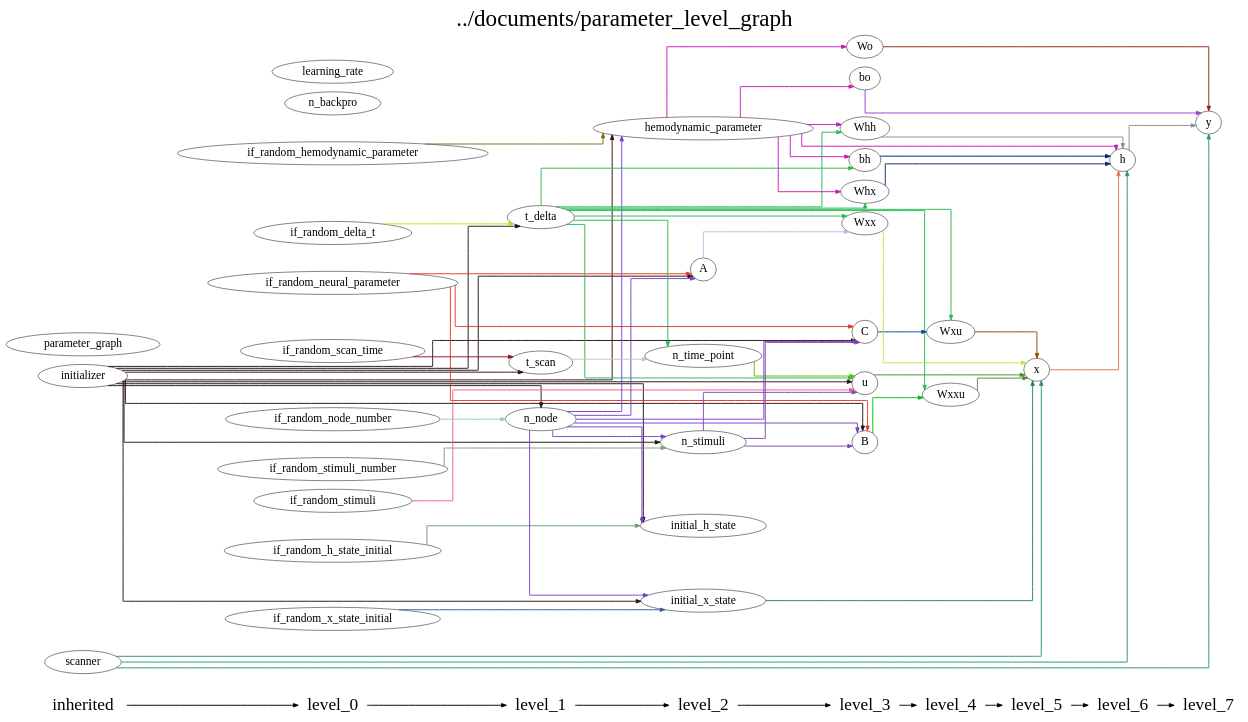
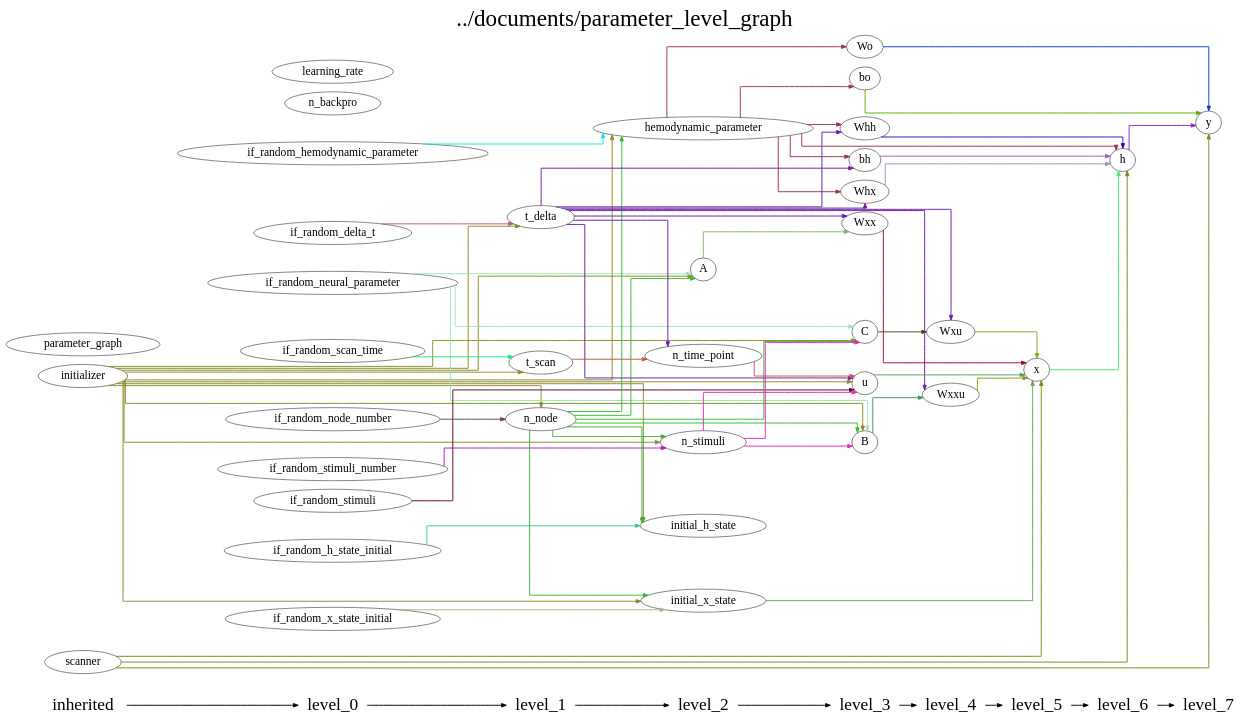
Before and after one commit to YuanWangOnward/DCM_RNN: the diagram in DCM_RNN/documents/parameter_level_graph.gv, drawn with Graphviz. The commit also changed 18 other files, not shown here.

```diff
--- a/DCM_RNN/documents/parameter_level_graph.gv
+++ b/DCM_RNN/documents/parameter_level_graph.gv
@@ -1,156 +1,156 @@
 digraph G {
           splines=ortho;
           fontsize = 48;
           rankdir = "LR";
           node[fontsize=24];
           edge[penwidth=2];
           {
           node [shape=plaintext fontsize=36];
           inherited -> 
           level_0 -> 
           level_1 -> 
           level_2 -> 
           level_3 -> 
           level_4 -> 
           level_5 -> 
           level_6 -> 
           level_7
           }
           {rank = same;
           inherited;
           initializer;
           parameter_graph;
           scanner;
           }
           {rank = same;
           level_0;
           if_random_neural_parameter;
           if_random_hemodynamic_parameter;
           if_random_x_state_initial;
           if_random_h_state_initial;
           if_random_stimuli;
           if_random_node_number;
           if_random_stimuli_number;
           if_random_delta_t;
           if_random_scan_time;
           n_backpro;
           learning_rate;
           }
           {rank = same;
           level_1;
           n_node;
           t_delta;
           t_scan;
           }
           {rank = same;
           level_2;
           n_time_point;
           n_stimuli;
           A;
           hemodynamic_parameter;
           initial_x_state;
           initial_h_state;
           }
           {rank = same;
           level_3;
           u;
           B;
           C;
           Wxx;
           Whx;
           Whh;
           bh;
           Wo;
           bo;
           }
           {rank = same;
           level_4;
           Wxxu;
           Wxu;
           }
           {rank = same;
           level_5;
           x;
           }
           {rank = same;
           level_6;
           h;
           }
           {rank = same;
           level_7;
           y;
           }
-          if_random_neural_parameter -> B [color="#E23B28"];
-          if_random_neural_parameter -> A [color="#E23B28"];
-          if_random_neural_parameter -> C [color="#E23B28"];
-          B -> Wxxu [color="#0AB70E"];
-          if_random_scan_time -> t_scan [color="#8C1621"];
-          n_time_point -> u [color="#5CC000"];
-          Wxxu -> x [color="#5A813C"];
-          x -> h [color="#E07748"];
+          B -> Wxxu [color="#3A9064"];
+          if_random_stimuli -> u [color="#590722"];
+          initial_x_state -> x [color="#6BA35B"];
+          Wxxu -> x [color="#929017"];
+          t_scan -> n_time_point [color="#C75236"];
+          if_random_scan_time -> t_scan [color="#1BE185"];
+          h -> y [color="#9325BA"];
+          Wo -> y [color="#093EC6"];
+          if_random_stimuli_number -> n_stimuli [color="#C310C1"];
+          bo -> y [color="#57B001"];
+          n_stimuli -> B [color="#EE22B7"];
+          n_stimuli -> C [color="#EE22B7"];
+          n_stimuli -> u [color="#EE22B7"];
+          if_random_delta_t -> t_delta [color="#BA5879"];
+          if_random_node_number -> n_node [color="#6A4549"];
+          n_node -> B [color="#35B834"];
+          n_node -> C [color="#35B834"];
+          n_node -> initial_h_state [color="#35B834"];
+          n_node -> initial_x_state [color="#35B834"];
+          n_node -> hemodynamic_parameter [color="#35B834"];
+          n_node -> A [color="#35B834"];
+          n_node -> n_stimuli [color="#35B834"];
+          bh -> h [color="#985EC8"];
+          Wxx -> x [color="#A50533"];
           initial_h_state ;
-          u -> x [color="#3B9329"];
-          Wo -> y [color="#95221C"];
-          hemodynamic_parameter -> bo [color="#C917BA"];
-          hemodynamic_parameter -> Wo [color="#C917BA"];
-          hemodynamic_parameter -> bh [color="#C917BA"];
-          hemodynamic_parameter -> Whx [color="#C917BA"];
-          hemodynamic_parameter -> Whh [color="#C917BA"];
-          hemodynamic_parameter -> h [color="#C917BA"];
-          if_random_delta_t -> t_delta [color="#B2EC0E"];
-          bh -> h [color="#041981"];
-          C -> Wxu [color="#0C4E92"];
-          h -> y [color="#948C88"];
-          Wxu -> x [color="#A54108"];
-          bo -> y [color="#A43CCB"];
-          if_random_stimuli -> u [color="#EE617B"];
-          n_node -> B [color="#7940CB"];
-          n_node -> hemodynamic_parameter [color="#7940CB"];
-          n_node -> n_stimuli [color="#7940CB"];
-          n_node -> A [color="#7940CB"];
-          n_node -> C [color="#7940CB"];
-          n_node -> initial_x_state [color="#7940CB"];
-          n_node -> initial_h_state [color="#7940CB"];
-          if_random_stimuli_number -> n_stimuli [color="#7AA37A"];
-          if_random_node_number -> n_node [color="#99C8C5"];
+          if_random_hemodynamic_parameter -> hemodynamic_parameter [color="#15E2E3"];
+          n_backpro ;
+          C -> Wxu [color="#4E4022"];
+          initializer -> B [color="#8A8A26"];
+          initializer -> C [color="#8A8A26"];
+          initializer -> t_scan [color="#8A8A26"];
+          initializer -> n_node [color="#8A8A26"];
+          initializer -> initial_h_state [color="#8A8A26"];
+          initializer -> t_delta [color="#8A8A26"];
+          initializer -> initial_x_state [color="#8A8A26"];
+          initializer -> hemodynamic_parameter [color="#8A8A26"];
+          initializer -> A [color="#8A8A26"];
+          initializer -> u [color="#8A8A26"];
+          initializer -> n_stimuli [color="#8A8A26"];
           learning_rate ;
-          t_scan -> n_time_point [color="#C4C4B5"];
-          if_random_h_state_initial -> initial_h_state [color="#6B9A72"];
-          Whx -> h [color="#122377"];
+          t_delta -> bh [color="#6C1CA2"];
+          t_delta -> Wxx [color="#6C1CA2"];
+          t_delta -> Wxu [color="#6C1CA2"];
+          t_delta -> Whh [color="#6C1CA2"];
+          t_delta -> Wxxu [color="#6C1CA2"];
+          t_delta -> u [color="#6C1CA2"];
+          t_delta -> n_time_point [color="#6C1CA2"];
+          t_delta -> Whx [color="#6C1CA2"];
+          hemodynamic_parameter -> h [color="#9C3348"];
+          hemodynamic_parameter -> Wo [color="#9C3348"];
+          hemodynamic_parameter -> bh [color="#9C3348"];
+          hemodynamic_parameter -> Whh [color="#9C3348"];
+          hemodynamic_parameter -> bo [color="#9C3348"];
+          hemodynamic_parameter -> Whx [color="#9C3348"];
+          Wxu -> x [color="#77AB29"];
+          scanner -> h [color="#728E13"];
+          scanner -> y [color="#728E13"];
+          scanner -> x [color="#728E13"];
+          A -> Wxx [color="#85B26A"];
+          Whx -> h [color="#9B93B8"];
+          Whh -> h [color="#3609B1"];
+          parameter_graph ;
+          x -> h [color="#49EA73"];
+          u -> x [color="#49A260"];
+          if_random_neural_parameter -> B [color="#9EE3B9"];
+          if_random_neural_parameter -> C [color="#9EE3B9"];
+          if_random_neural_parameter -> A [color="#9EE3B9"];
+          n_time_point -> u [color="#CB565A"];
           y ;
-          parameter_graph ;
-          n_backpro ;
-          initializer -> u [color="#271417"];
-          initializer -> B [color="#271417"];
-          initializer -> hemodynamic_parameter [color="#271417"];
-          initializer -> t_delta [color="#271417"];
-          initializer -> n_stimuli [color="#271417"];
-          initializer -> A [color="#271417"];
-          initializer -> C [color="#271417"];
-          initializer -> n_node [color="#271417"];
-          initializer -> t_scan [color="#271417"];
-          initializer -> initial_x_state [color="#271417"];
-          initializer -> initial_h_state [color="#271417"];
-          if_random_hemodynamic_parameter -> hemodynamic_parameter [color="#80691C"];
-          initial_x_state -> x [color="#21875A"];
-          A -> Wxx [color="#C2B8E3"];
-          if_random_x_state_initial -> initial_x_state [color="#3A5AA5"];
-          t_delta -> u [color="#2AB854"];
-          t_delta -> bh [color="#2AB854"];
-          t_delta -> Wxx [color="#2AB854"];
-          t_delta -> Whx [color="#2AB854"];
-          t_delta -> Whh [color="#2AB854"];
-          t_delta -> n_time_point [color="#2AB854"];
-          t_delta -> Wxu [color="#2AB854"];
-          t_delta -> Wxxu [color="#2AB854"];
-          scanner -> x [color="#27947C"];
-          scanner -> h [color="#27947C"];
-          scanner -> y [color="#27947C"];
-          Wxx -> x [color="#BCE643"];
-          Whh -> h [color="#A18887"];
-          n_stimuli -> u [color="#8045B4"];
-          n_stimuli -> B [color="#8045B4"];
-          n_stimuli -> C [color="#8045B4"];
+          if_random_h_state_initial -> initial_h_state [color="#46C598"];
+          if_random_x_state_initial -> initial_x_state [color="#B5AE8B"];
           labelloc = "t";
           label = "../documents/parameter_level_graph";
 }
```
